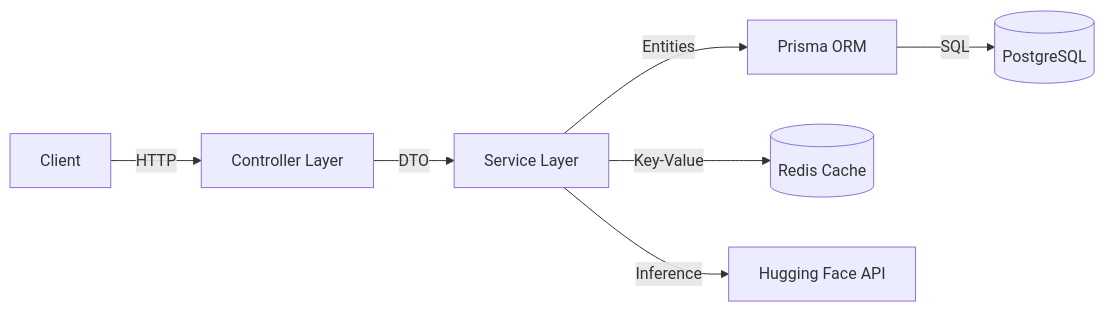
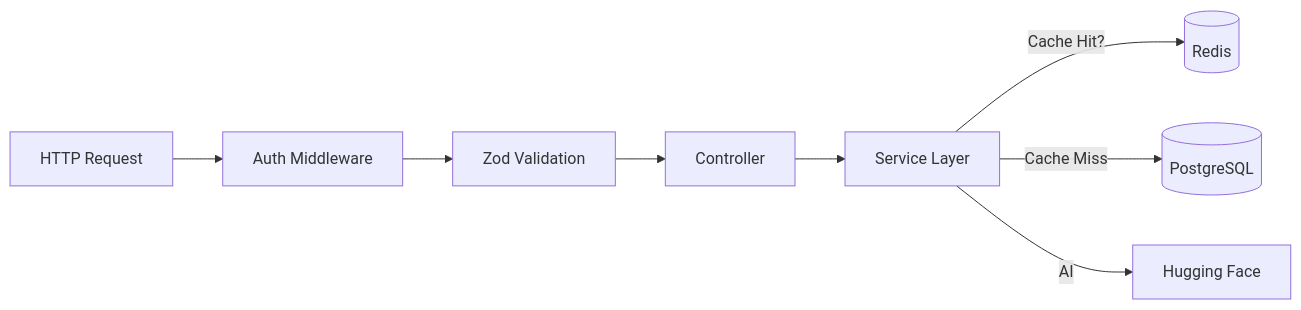
The diagram in backend/README.md (amar-295/student-finance-db), drawn with Mermaid before and after one commit. The commit also changed other lines of this file and 2 other files, not shown here.

````diff
--- a/backend/README.md
+++ b/backend/README.md
@@ -25,9 +9,10 @@
 ```mermaid
 graph LR
-    Client[Client] -->|HTTP| Controller[Controller Layer]
-    Controller -->|DTO| Service[Service Layer]
-    Service -->|Entities| Prisma[Prisma ORM]
-    Service -->|Key-Value| Redis[(Redis Cache)]
-    Service -->|Inference| AI[Hugging Face API]
-    Prisma -->|SQL| DB[(PostgreSQL)]
+    Req[HTTP Request] --> Auth[Auth Middleware]
+    Auth --> Val[Zod Validation]
+    Val --> Ctrl[Controller]
+    Ctrl --> Svc[Service Layer]
+    Svc -->|Cache Hit?| Redis[(Redis)]
+    Svc -->|Cache Miss| DB[(PostgreSQL)]
+    Svc -->|AI| HF[Hugging Face]
 ```
````
